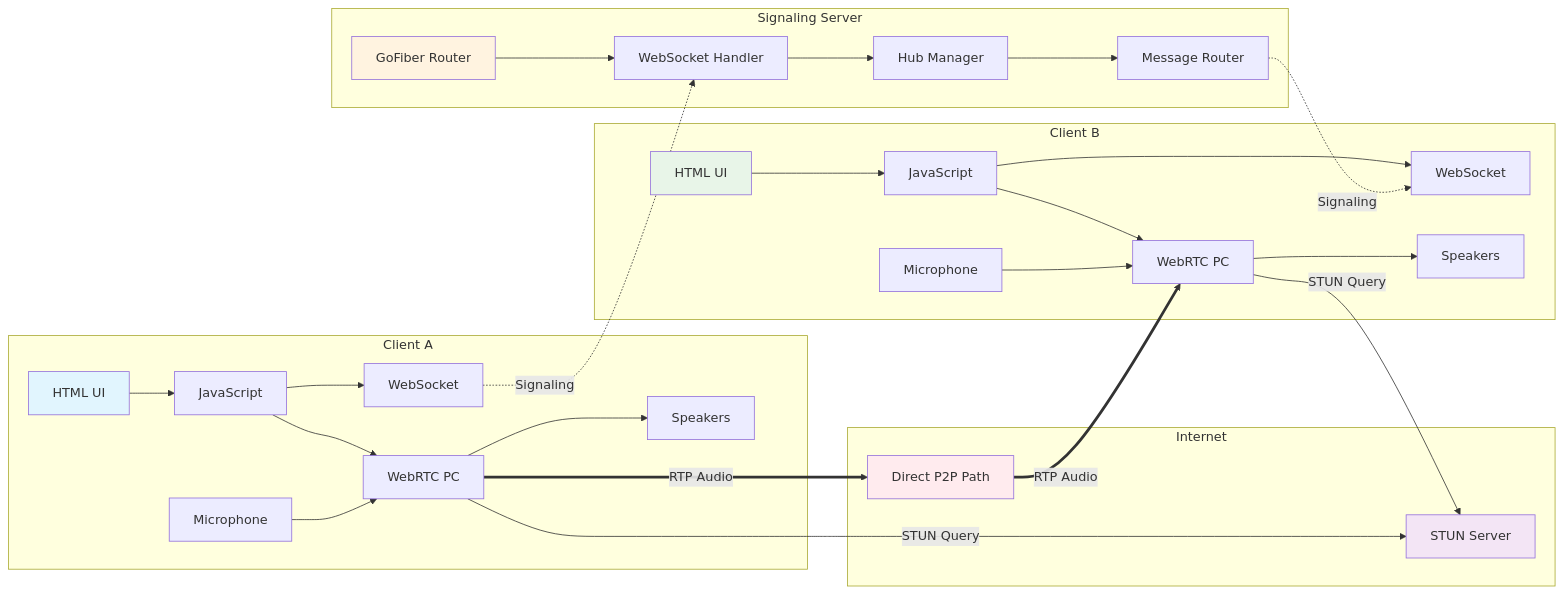
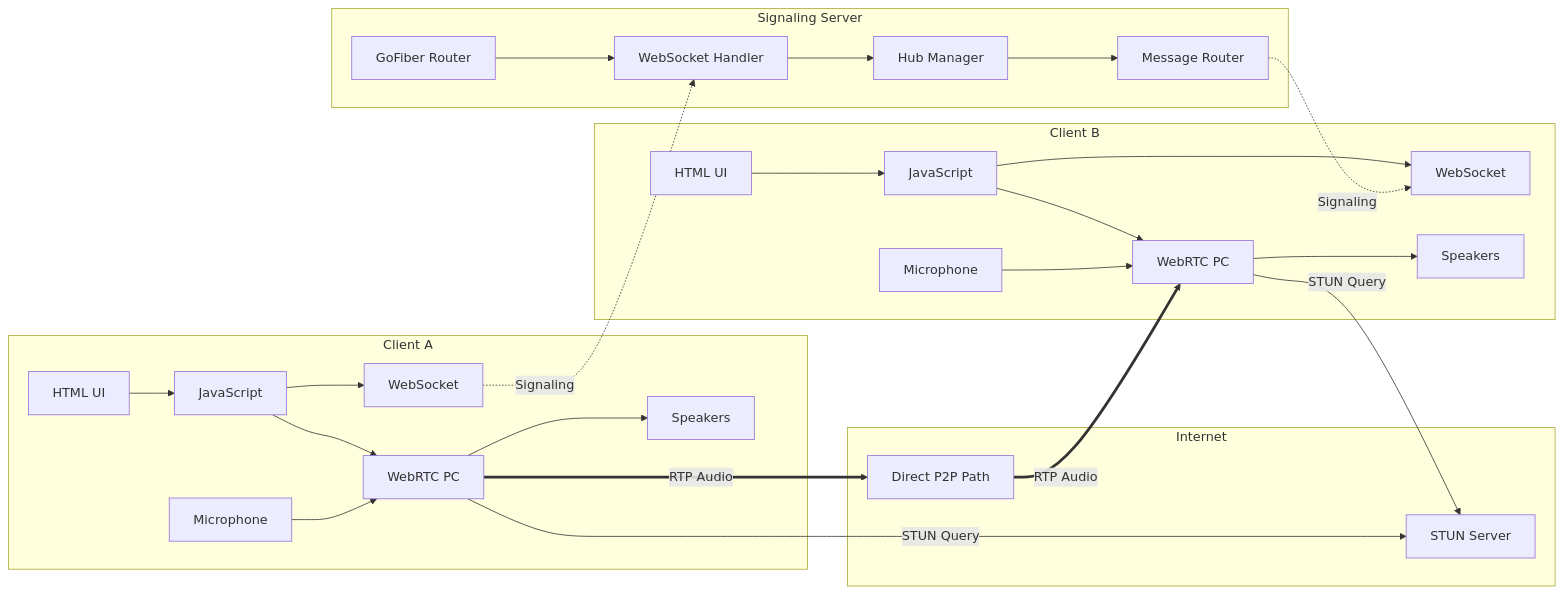
Before and after one commit to raihandotmd/webrtc-call: the seventh of 8 diagrams in MERMAID_DIAGRAMS.md, drawn with Mermaid. The commit also changed other lines of this file, not shown here.

Commit message:
Refactor Mermaid diagrams for improved clarity and consistency in WebRTC documentation

````diff
--- a/MERMAID_DIAGRAMS.md
+++ b/MERMAID_DIAGRAMS.md
@@ -329,44 +331,38 @@
 ```mermaid
 flowchart LR
     subgraph "Client A"
         A1[HTML UI] --> A2[JavaScript]
         A2 --> A3[WebSocket]
         A2 --> A4[WebRTC PC]
         A5[Microphone] --> A4
         A4 --> A6[Speakers]
     end
-    
+
     subgraph "Signaling Server"
         S1[GoFiber Router] --> S2[WebSocket Handler]
         S2 --> S3[Hub Manager]
         S3 --> S4[Message Router]
     end
-    
+
     subgraph "Client B"
         B1[HTML UI] --> B2[JavaScript]
         B2 --> B3[WebSocket]
         B2 --> B4[WebRTC PC]
         B5[Microphone] --> B4
         B4 --> B6[Speakers]
     end
-    
+
     subgraph "Internet"
         I1[STUN Server]
         I2[Direct P2P Path]
     end
-    
+
     A3 -.->|Signaling| S2
     S4 -.->|Signaling| B3
-    
+
     A4 -->|STUN Query| I1
     B4 -->|STUN Query| I1
-    
+
     A4 ==>|RTP Audio| I2
     I2 ==>|RTP Audio| B4
-    
-    style A1 fill:#e1f5fe
-    style B1 fill:#e8f5e8
-    style S1 fill:#fff3e0
-    style I1 fill:#f3e5f5
-    style I2 fill:#ffebee
 ```
````
